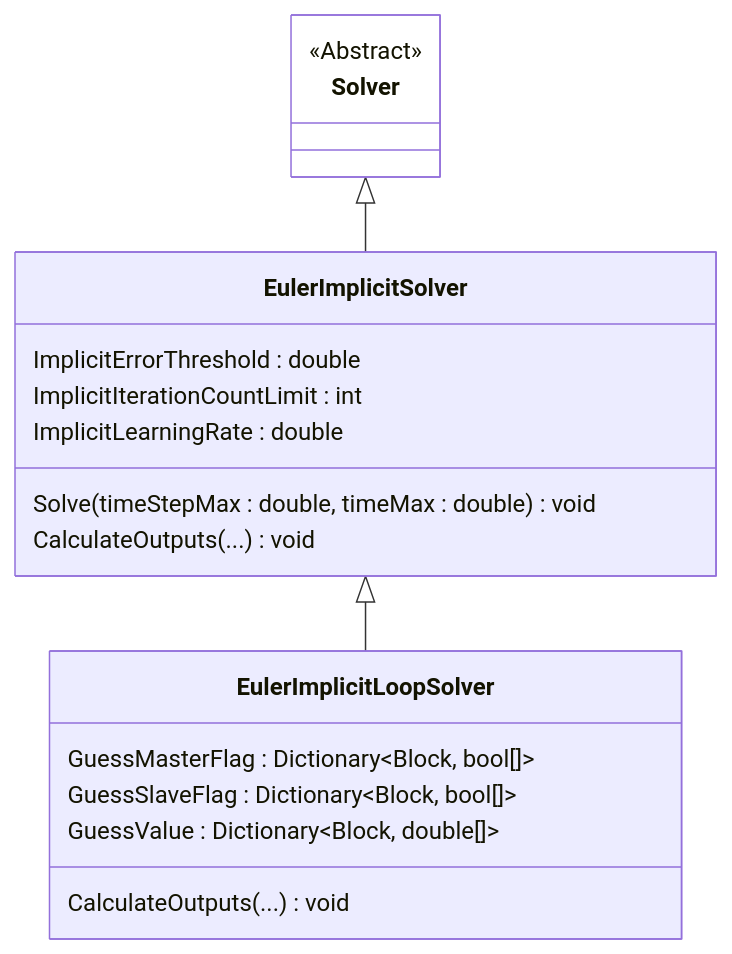
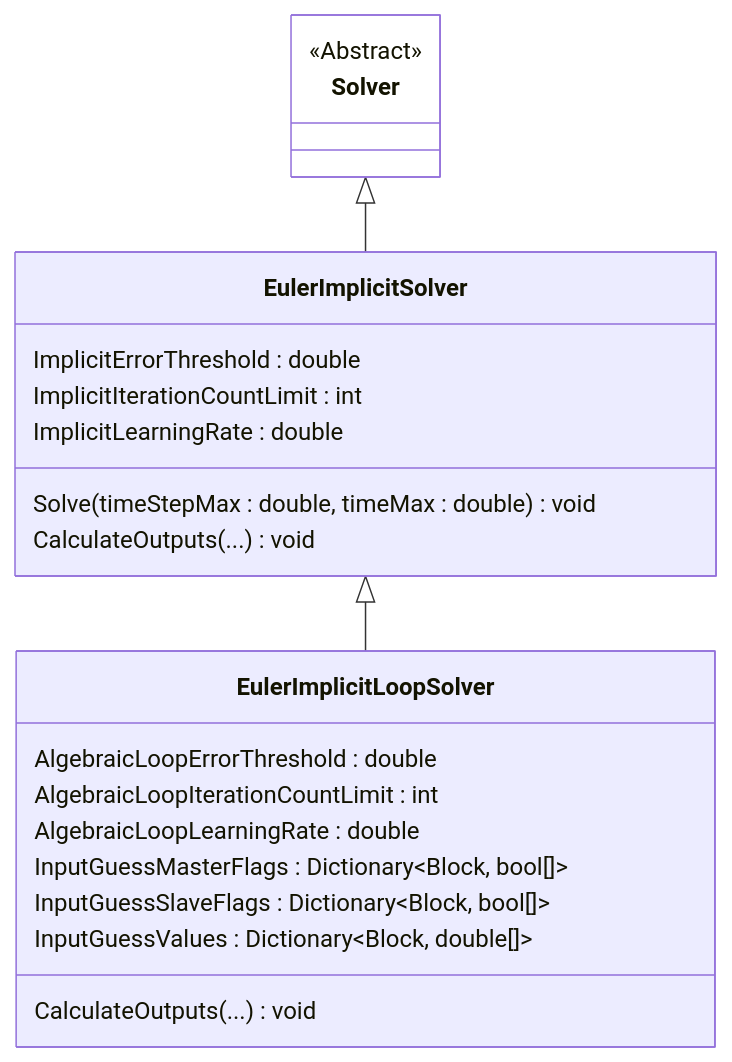
The diagram in Quellen/WS25/SFunctionContinuous/Solver.Implicit.mmd (ghackenberg/kurs-computer-simulation), drawn with Mermaid before and after one commit. The commit also changed 15 other files, not shown here.

```diff
--- a/Quellen/WS25/SFunctionContinuous/Solver.Implicit.mmd
+++ b/Quellen/WS25/SFunctionContinuous/Solver.Implicit.mmd
@@ -1,27 +1,34 @@
 classDiagram
 
     direction TB
 
     class Solver {
         <<Abstract>>
     }
 
     class EulerImplicitSolver {
         ImplicitErrorThreshold : double
         ImplicitIterationCountLimit : int
         ImplicitLearningRate : double
+
         Solve(timeStepMax : double, timeMax : double) void
+
         CalculateOutputs(...) void
     }
 
     class EulerImplicitLoopSolver {
-        GuessMasterFlag : Dictionary~Block, bool[]~
-        GuessSlaveFlag : Dictionary~Block, bool[]~
-        GuessValue : Dictionary~Block, double[]~
+        AlgebraicLoopErrorThreshold : double
+        AlgebraicLoopIterationCountLimit : int
+        AlgebraicLoopLearningRate : double
+
+        InputGuessMasterFlags : Dictionary~Block, bool[]~
+        InputGuessSlaveFlags : Dictionary~Block, bool[]~
+        InputGuessValues : Dictionary~Block, double[]~
+
         CalculateOutputs(...) void
     }
 
     Solver <|-- EulerImplicitSolver
     EulerImplicitSolver <|-- EulerImplicitLoopSolver
 
     style Solver fill:white
```
